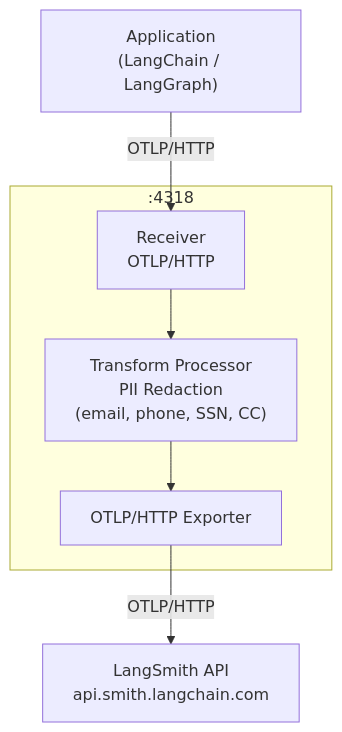
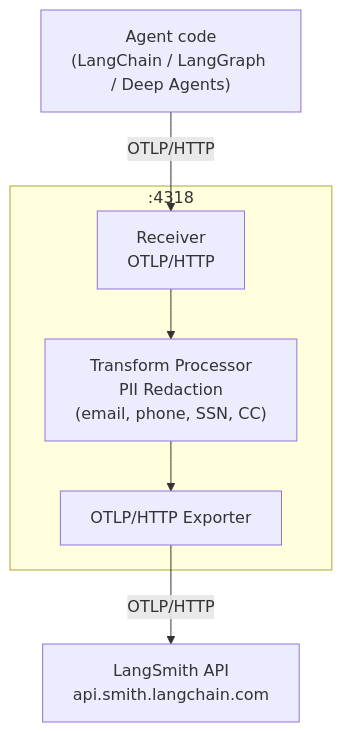
The diagram in translations/zh/src/langsmith/otel-gateway-trace-redaction.mdx (Ikki6666/docs), drawn with Mermaid before and after one commit. The commit also changed other lines of this file and 81 other files, not shown here.

````diff
--- a/translations/zh/src/langsmith/otel-gateway-trace-redaction.mdx
+++ b/translations/zh/src/langsmith/otel-gateway-trace-redaction.mdx
@@ -13,16 +15,16 @@
 ```mermaid
 flowchart TD
-    A["Application<br/>(LangChain / LangGraph)"]
+    A["Agent code<br/>(LangChain / LangGraph / Deep Agents)"]
 
     subgraph collector[":4318"]
         B["Receiver<br/>OTLP/HTTP"]
         C["Transform Processor<br/>PII Redaction<br/>(email, phone, SSN, CC)"]
         D["OTLP/HTTP Exporter"]
         B --> C --> D
     end
 
     E["LangSmith API<br/>api.smith.langchain.com"]
 
     A -->|"OTLP/HTTP"| B
     D -->|"OTLP/HTTP"| E
 ```
````
